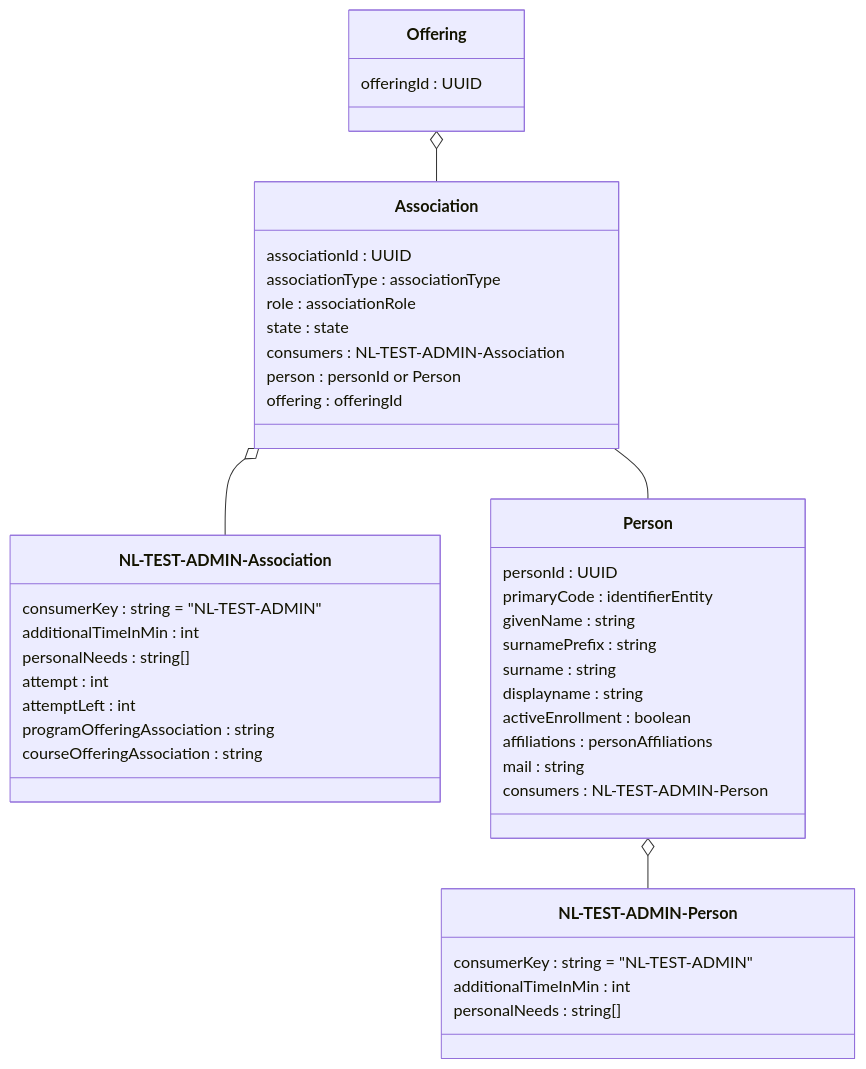
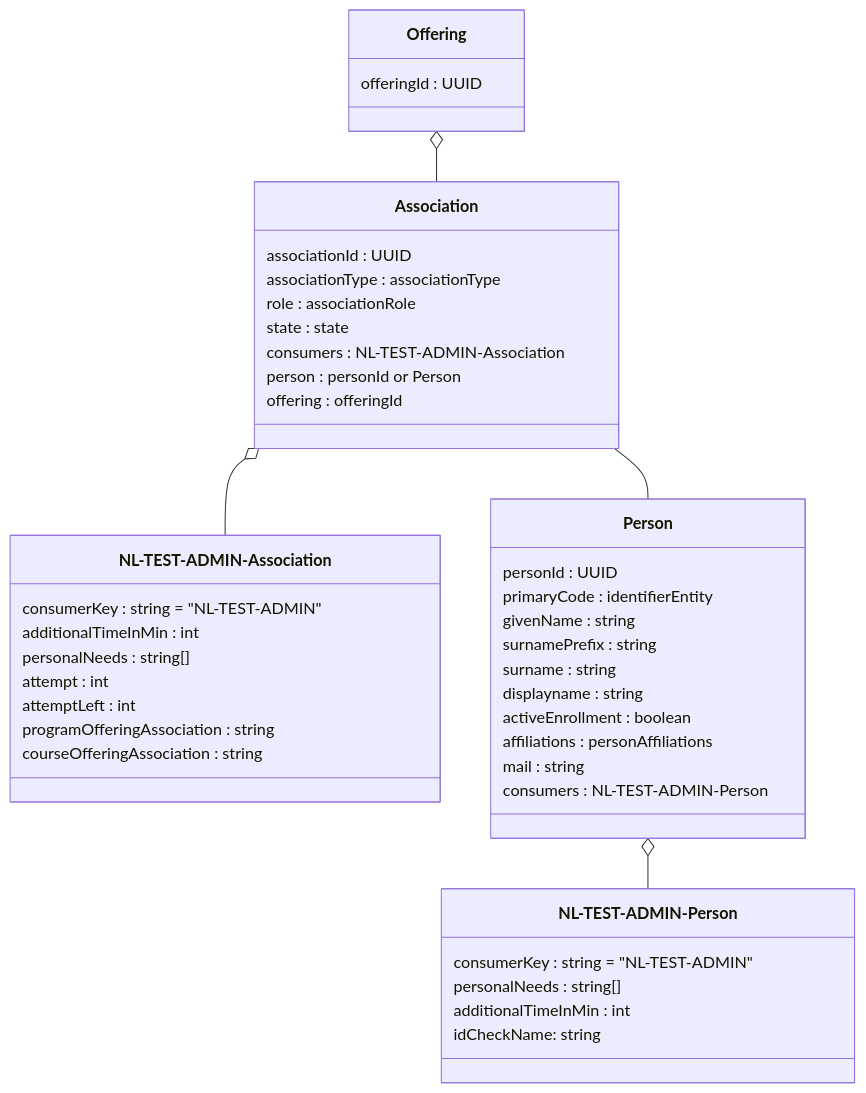
The fourth of 11 diagrams in doc/flow1.md (NetwerkExamineringDigitalisering/NED-OOAPI), drawn with Mermaid before and after one commit. The commit also changed other lines of this file and 2 other files, not shown here.

````diff
--- a/doc/flow1.md
+++ b/doc/flow1.md
@@ -131,46 +131,47 @@
 ```mermaid
 classDiagram
     class Association {
     	associationId : UUID
         associationType : associationType
         role : associationRole
         state : state
         consumers : NL-TEST-ADMIN-Association
         person : personId or Person
         offering : offeringId
     }
     class `NL-TEST-ADMIN-Association` {
     	consumerKey : string = "NL-TEST-ADMIN"
 	    additionalTimeInMin : int
 	    personalNeeds : string[]
         attempt : int
         attemptLeft : int
 	    programOfferingAssociation : string
 	    courseOfferingAssociation : string
     }
     class Person {
         personId : UUID
         primaryCode : identifierEntity
         givenName : string
         surnamePrefix : string 
         surname : string
         displayname : string
         activeEnrollment : boolean 
         affiliations : personAffiliations
         mail : string
     	consumers : NL-TEST-ADMIN-Person
     }
     class `NL-TEST-ADMIN-Person` {
     	consumerKey : string = "NL-TEST-ADMIN"
+	    personalNeeds : string[]
   	    additionalTimeInMin : int
-	    personalNeeds : string[]
+        idCheckName: string
     }
     class Offering {
        offeringId : UUID
     }
     Offering  o-- Association
     Association o-- `NL-TEST-ADMIN-Association`
     Association -- Person
     Person o-- `NL-TEST-ADMIN-Person`
 
 ```
````
